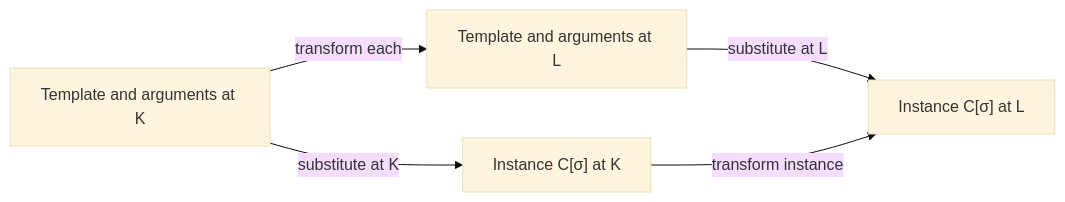
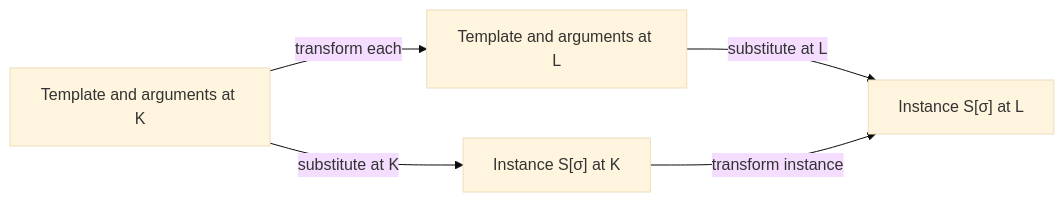
The third of 3 diagrams in docs/theory/foundations.md (Bitspark/nightseam), drawn with Mermaid (base theme) before and after one commit. The commit also changed other lines of this file and 12 other files, not shown here.

````diff
--- a/docs/theory/foundations.md
+++ b/docs/theory/foundations.md
@@ -620,7 +864,7 @@
 ```mermaid
 flowchart LR
     A["Template and arguments at K"] -->|"transform each"| B["Template and arguments at L"]
-    A -->|"substitute at K"| C["Instance C[σ] at K"]
-    B -->|"substitute at L"| D["Instance C[σ] at L"]
-    C -->|"transform instance"| D
+    A -->|"substitute at K"| S["Instance S[σ] at K"]
+    B -->|"substitute at L"| D["Instance S[σ] at L"]
+    S -->|"transform instance"| D
 ```
````
